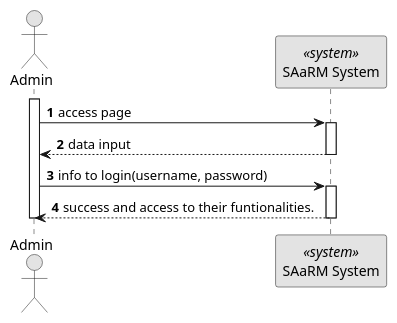
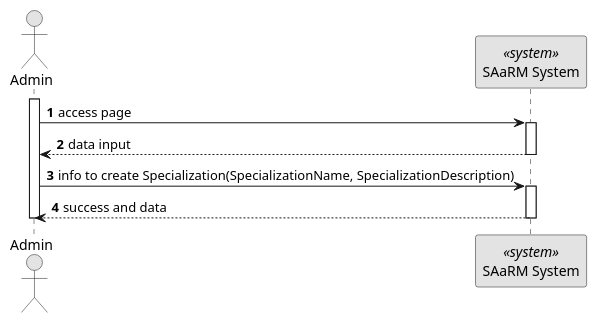
One commit to Ana-Miguel-Silva/SurgicalAppointmentAndResourceManagement changed the diagram in docs/BackofficeModule/7.2.11/sequence-diagram-1.puml. Above: the diagram before and after it, drawn with PlantUML. The commit also changed 36 other files, not shown here.

```diff
--- a/docs/BackofficeModule/7.2.11/sequence-diagram-1.puml
+++ b/docs/BackofficeModule/7.2.11/sequence-diagram-1.puml
@@ -1,26 +1,26 @@
-@startuml 5.1.1
+@startuml 5.1.8
 skinparam monochrome true
 skinparam packageStyle rectangle
 skinparam shadowing false
 
 autonumber
 
 actor "Admin" as AD
 participant "SAaRM System" as SYS <<system>>
 
 activate AD
 AD -> SYS: access page
 activate SYS
 SYS --> AD : data input
 deactivate SYS
-AD -> SYS : info to login(username, password)
+AD -> SYS : info to create Specialization(SpecializationName, SpecializationDescription)
 activate SYS
-SYS --> AD : success and access to their funtionalities.
+SYS --> AD : success and data
 
 deactivate SYS
 
 deactivate AD
 
 
 
 @enduml
```
